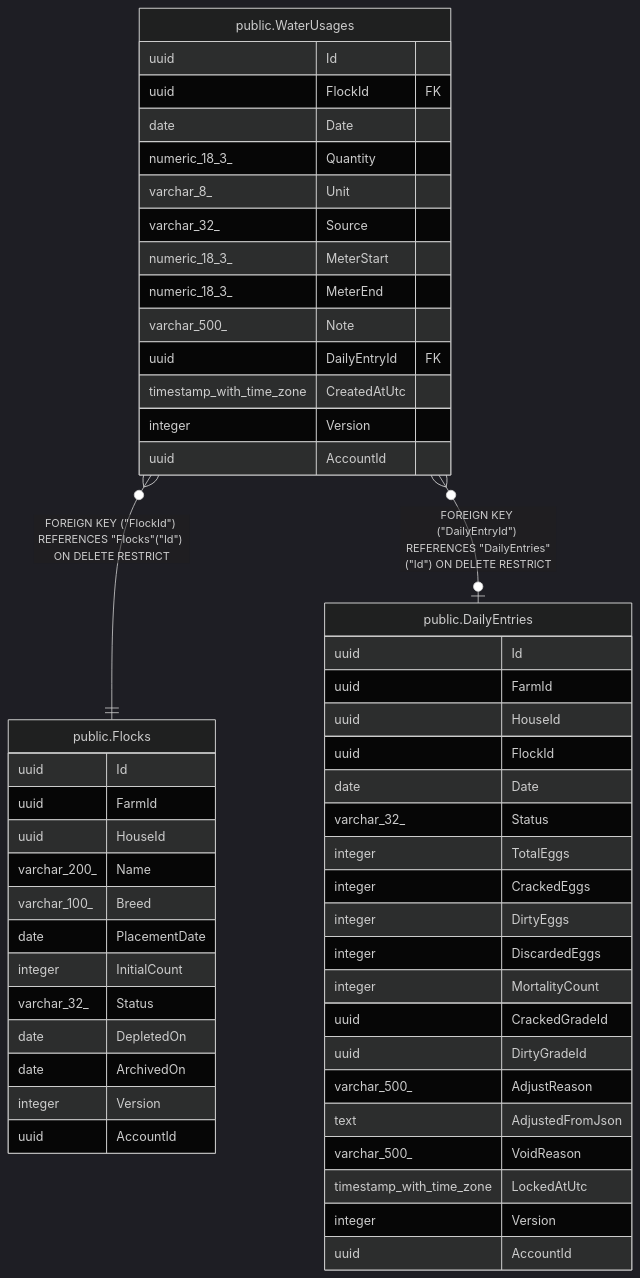
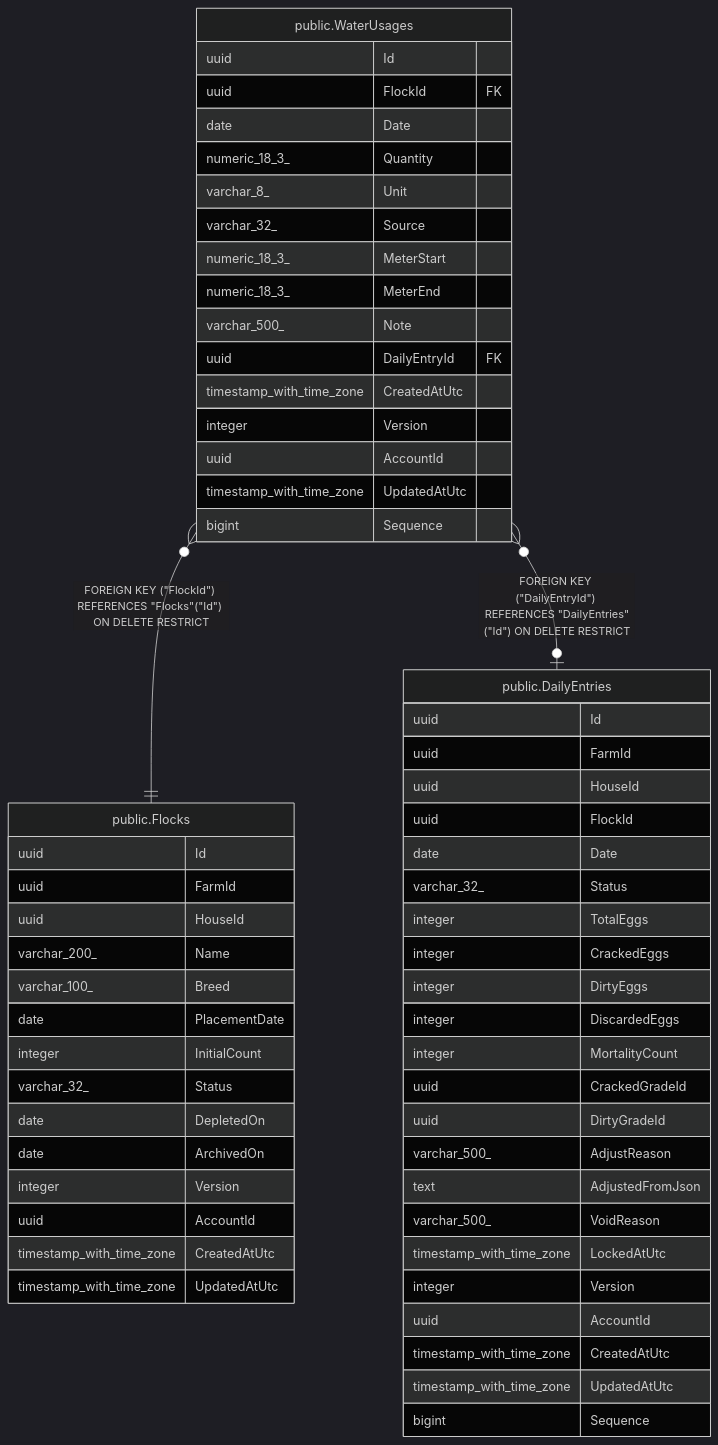
Before and after one commit to mforce/cluckwork: the diagram in docs/schema/public.WaterUsages.md, drawn with Mermaid (dark theme). The commit also changed other lines of this file and 105 other files, not shown here.

````diff
--- a/docs/schema/public.WaterUsages.md
+++ b/docs/schema/public.WaterUsages.md
@@ -54,57 +65,64 @@
 ```mermaid
 erDiagram
 
 "public.WaterUsages" }o--|| "public.Flocks" : "FOREIGN KEY (#quot;FlockId#quot;) REFERENCES #quot;Flocks#quot;(#quot;Id#quot;) ON DELETE RESTRICT"
 "public.WaterUsages" }o--o| "public.DailyEntries" : "FOREIGN KEY (#quot;DailyEntryId#quot;) REFERENCES #quot;DailyEntries#quot;(#quot;Id#quot;) ON DELETE RESTRICT"
 
 "public.WaterUsages" {
   uuid Id
   uuid FlockId FK
   date Date
   numeric_18_3_ Quantity
   varchar_8_ Unit
   varchar_32_ Source
   numeric_18_3_ MeterStart
   numeric_18_3_ MeterEnd
   varchar_500_ Note
   uuid DailyEntryId FK
   timestamp_with_time_zone CreatedAtUtc
   integer Version
   uuid AccountId
+  timestamp_with_time_zone UpdatedAtUtc
+  bigint Sequence
 }
 "public.Flocks" {
   uuid Id
   uuid FarmId
   uuid HouseId
   varchar_200_ Name
   varchar_100_ Breed
   date PlacementDate
   integer InitialCount
   varchar_32_ Status
   date DepletedOn
   date ArchivedOn
   integer Version
   uuid AccountId
+  timestamp_with_time_zone CreatedAtUtc
+  timestamp_with_time_zone UpdatedAtUtc
 }
 "public.DailyEntries" {
   uuid Id
   uuid FarmId
   uuid HouseId
   uuid FlockId
   date Date
   varchar_32_ Status
   integer TotalEggs
   integer CrackedEggs
   integer DirtyEggs
   integer DiscardedEggs
   integer MortalityCount
   uuid CrackedGradeId
   uuid DirtyGradeId
   varchar_500_ AdjustReason
   text AdjustedFromJson
   varchar_500_ VoidReason
   timestamp_with_time_zone LockedAtUtc
   integer Version
   uuid AccountId
+  timestamp_with_time_zone CreatedAtUtc
+  timestamp_with_time_zone UpdatedAtUtc
+  bigint Sequence
 }
 ```
````
